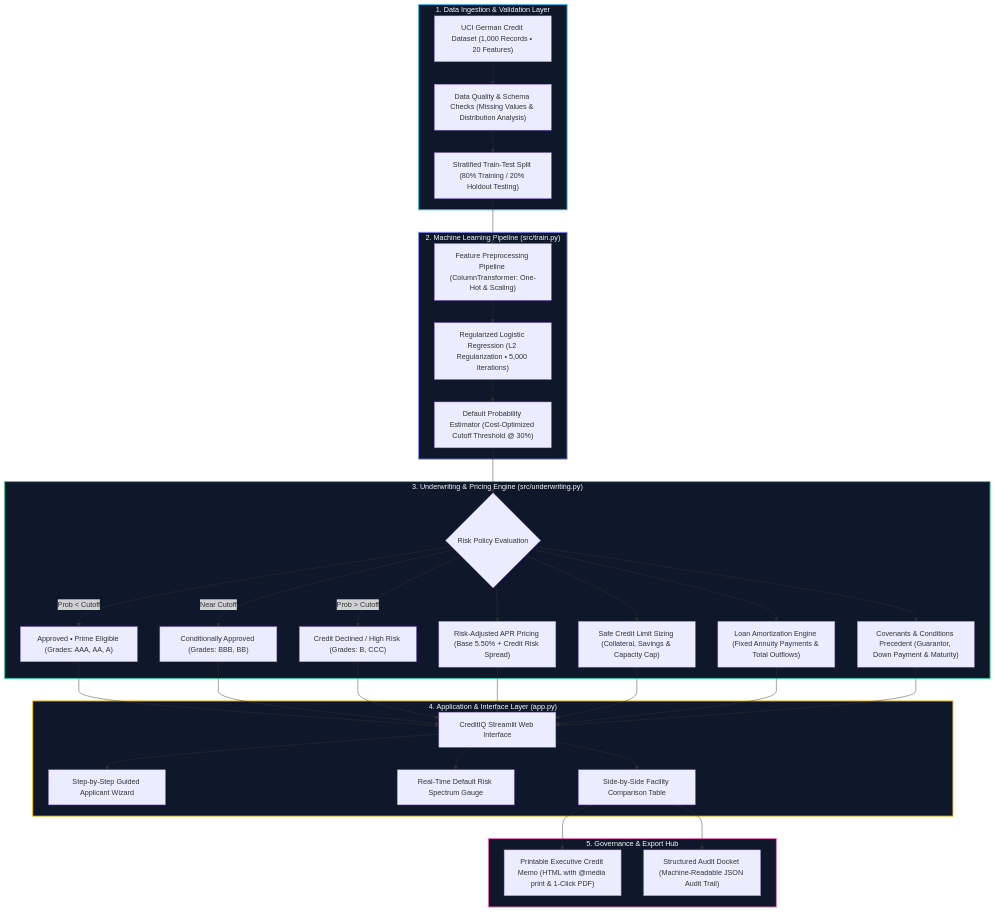
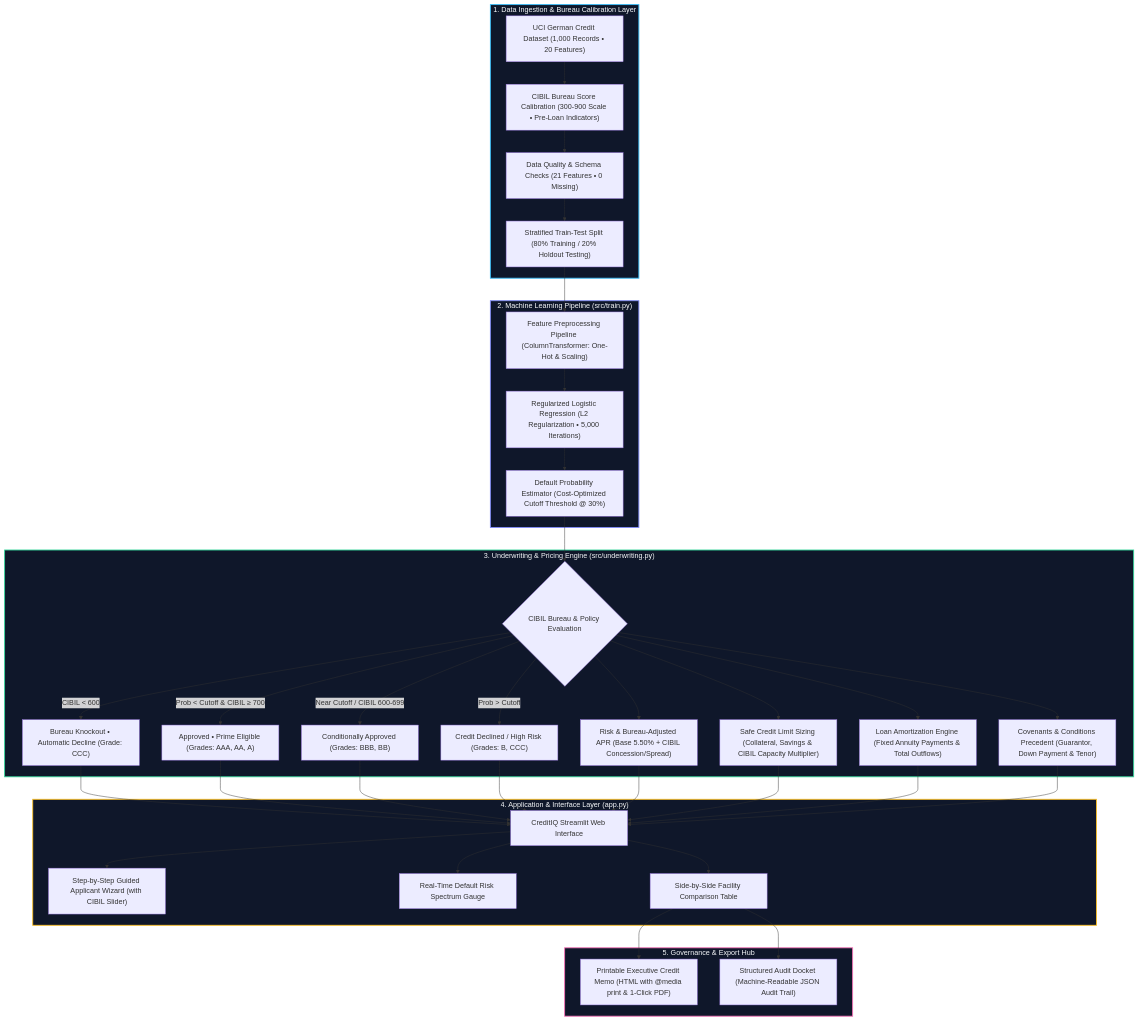
One commit to ahamedlabs01/credit-risk-prediction changed the diagram in README.md. Above: the diagram before and after it, drawn with Mermaid. The commit also changed other lines of this file, not shown here.

Commit message:
docs: modernize and synchronize README.md with CIBIL score architecture and benchmarks

````diff
--- a/README.md
+++ b/README.md
@@ -149,43 +126,45 @@
 ```mermaid
 flowchart TD
-    subgraph S1 ["1. Data Ingestion & Validation Layer"]
-        A["UCI German Credit Dataset (1,000 Records • 20 Features)"] --> B["Data Quality & Schema Checks (Missing Values & Distribution Analysis)"]
-        B --> C["Stratified Train-Test Split (80% Training / 20% Holdout Testing)"]
+    subgraph S1 ["1. Data Ingestion & Bureau Calibration Layer"]
+        A["UCI German Credit Dataset (1,000 Records • 20 Features)"] --> B["CIBIL Bureau Score Calibration (300-900 Scale • Pre-Loan Indicators)"]
+        B --> C["Data Quality & Schema Checks (21 Features • 0 Missing)"]
+        C --> D["Stratified Train-Test Split (80% Training / 20% Holdout Testing)"]
     end
 
     subgraph S2 ["2. Machine Learning Pipeline (src/train.py)"]
-        C --> D["Feature Preprocessing Pipeline (ColumnTransformer: One-Hot & Scaling)"]
-        D --> E["Regularized Logistic Regression (L2 Regularization • 5,000 Iterations)"]
-        E --> F["Default Probability Estimator (Cost-Optimized Cutoff Threshold @ 30%)"]
+        D --> E["Feature Preprocessing Pipeline (ColumnTransformer: One-Hot & Scaling)"]
+        E --> F["Regularized Logistic Regression (L2 Regularization • 5,000 Iterations)"]
+        F --> G["Default Probability Estimator (Cost-Optimized Cutoff Threshold @ 30%)"]
     end
 
     subgraph S3 ["3. Underwriting & Pricing Engine (src/underwriting.py)"]
-        F --> G{"Risk Policy Evaluation"}
-        G -->|"Prob < Cutoff"| H1["Approved • Prime Eligible (Grades: AAA, AA, A)"]
-        G -->|"Near Cutoff"| H2["Conditionally Approved (Grades: BBB, BB)"]
-        G -->|"Prob > Cutoff"| H3["Credit Declined / High Risk (Grades: B, CCC)"]
+        G --> H{"CIBIL Bureau & Policy Evaluation"}
+        H -->|"CIBIL < 600"| I1["Bureau Knockout • Automatic Decline (Grade: CCC)"]
+        H -->|"Prob < Cutoff & CIBIL ≥ 700"| I2["Approved • Prime Eligible (Grades: AAA, AA, A)"]
+        H -->|"Near Cutoff / CIBIL 600-699"| I3["Conditionally Approved (Grades: BBB, BB)"]
+        H -->|"Prob > Cutoff"| I4["Credit Declined / High Risk (Grades: B, CCC)"]
         
-        G --> I["Risk-Adjusted APR Pricing (Base 5.50% + Credit Risk Spread)"]
-        G --> J["Safe Credit Limit Sizing (Collateral, Savings & Capacity Cap)"]
-        G --> K["Loan Amortization Engine (Fixed Annuity Payments & Total Outflows)"]
-        G --> L["Covenants & Conditions Precedent (Guarantor, Down Payment & Maturity)"]
+        H --> J["Risk & Bureau-Adjusted APR (Base 5.50% + CIBIL Concession/Spread)"]
+        H --> K["Safe Credit Limit Sizing (Collateral, Savings & CIBIL Capacity Multiplier)"]
+        H --> L["Loan Amortization Engine (Fixed Annuity Payments & Total Outflows)"]
+        H --> M["Covenants & Conditions Precedent (Guarantor, Down Payment & Tenor)"]
     end
 
     subgraph S4 ["4. Application & Interface Layer (app.py)"]
-        H1 & H2 & H3 & I & J & K & L --> M["CreditIQ Streamlit Web Interface"]
-        M --> N["Step-by-Step Guided Applicant Wizard"]
-        M --> O["Real-Time Default Risk Spectrum Gauge"]
-        M --> P["Side-by-Side Facility Comparison Table"]
+        I1 & I2 & I3 & I4 & J & K & L & M --> N["CreditIQ Streamlit Web Interface"]
+        N --> O["Step-by-Step Guided Applicant Wizard (with CIBIL Slider)"]
+        N --> P["Real-Time Default Risk Spectrum Gauge"]
+        N --> Q["Side-by-Side Facility Comparison Table"]
     end
 
     subgraph S5 ["5. Governance & Export Hub"]
-        P --> Q["Printable Executive Credit Memo (HTML with @media print & 1-Click PDF)"]
-        P --> R["Structured Audit Docket (Machine-Readable JSON Audit Trail)"]
+        Q --> R["Printable Executive Credit Memo (HTML with @media print & 1-Click PDF)"]
+        Q --> S["Structured Audit Docket (Machine-Readable JSON Audit Trail)"]
     end
 
     style S1 fill:#0f172a,stroke:#38bdf8,stroke-width:2px,color:#f8fafc
     style S2 fill:#0f172a,stroke:#818cf8,stroke-width:2px,color:#f8fafc
     style S3 fill:#0f172a,stroke:#34d399,stroke-width:2px,color:#f8fafc
     style S4 fill:#0f172a,stroke:#fbbf24,stroke-width:2px,color:#f8fafc
     style S5 fill:#0f172a,stroke:#f472b6,stroke-width:2px,color:#f8fafc
 ```
````
